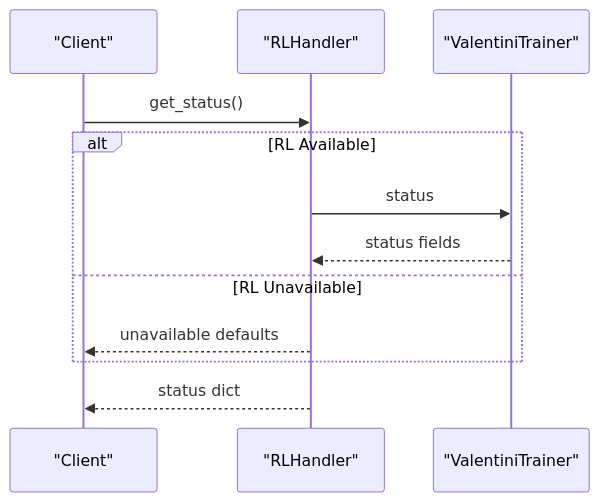
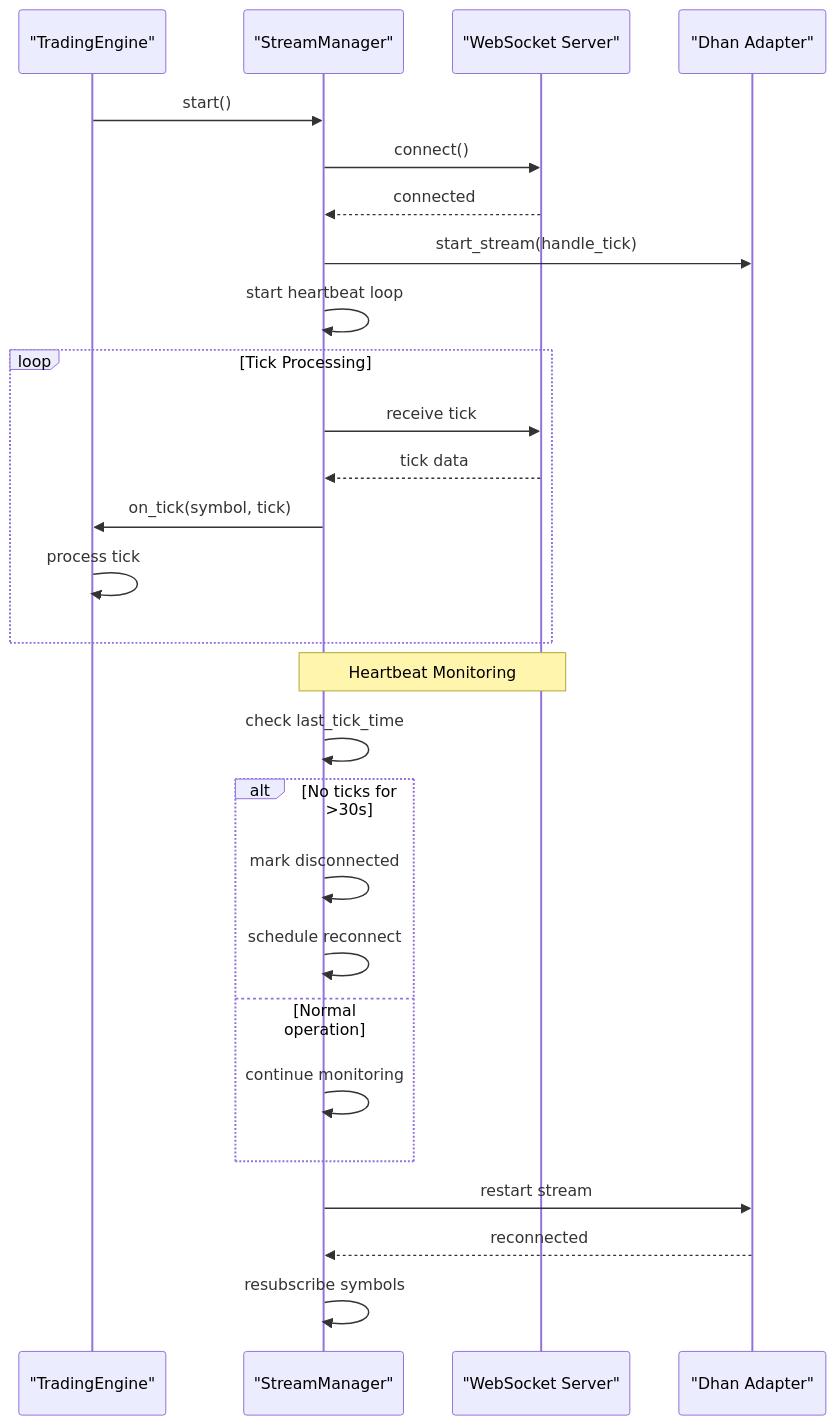
Before and after one commit to gemrajkhatry-maker/v5-of-glassytrade-ai: the eighth of 10 diagrams in .qoder/repowiki/en/content/Advanced Topics/Advanced Topics.md, drawn with Mermaid. The commit also changed other lines of this file and 930 other files, not shown here.

````diff
--- a/.qoder/repowiki/en/content/Advanced Topics/Advanced Topics.md
+++ b/.qoder/repowiki/en/content/Advanced Topics/Advanced Topics.md
@@ -309,14 +430,29 @@
 ```mermaid
 sequenceDiagram
-participant Client as "Client"
-participant RLH as "RLHandler"
-participant Trainer as "ValentiniTrainer"
-Client->>RLH : get_status()
-alt RL Available
-RLH->>Trainer : status
-Trainer-->>RLH : status fields
-else RL Unavailable
-RLH-->>Client : unavailable defaults
+participant Client as "TradingEngine"
+participant SM as "StreamManager"
+participant WS as "WebSocket Server"
+participant Broker as "Dhan Adapter"
+Client->>SM : start()
+SM->>WS : connect()
+WS-->>SM : connected
+SM->>Broker : start_stream(handle_tick)
+SM->>SM : start heartbeat loop
+loop Tick Processing
+SM->>WS : receive tick
+WS-->>SM : tick data
+SM->>Client : on_tick(symbol, tick)
+Client->>Client : process tick
 end
-RLH-->>Client : status dict
+Note over SM,WS : Heartbeat Monitoring
+SM->>SM : check last_tick_time
+alt No ticks for >30s
+SM->>SM : mark disconnected
+SM->>SM : schedule reconnect
+else Normal operation
+SM->>SM : continue monitoring
+end
+SM->>Broker : restart stream
+Broker-->>SM : reconnected
+SM->>SM : resubscribe symbols
 ```
````
